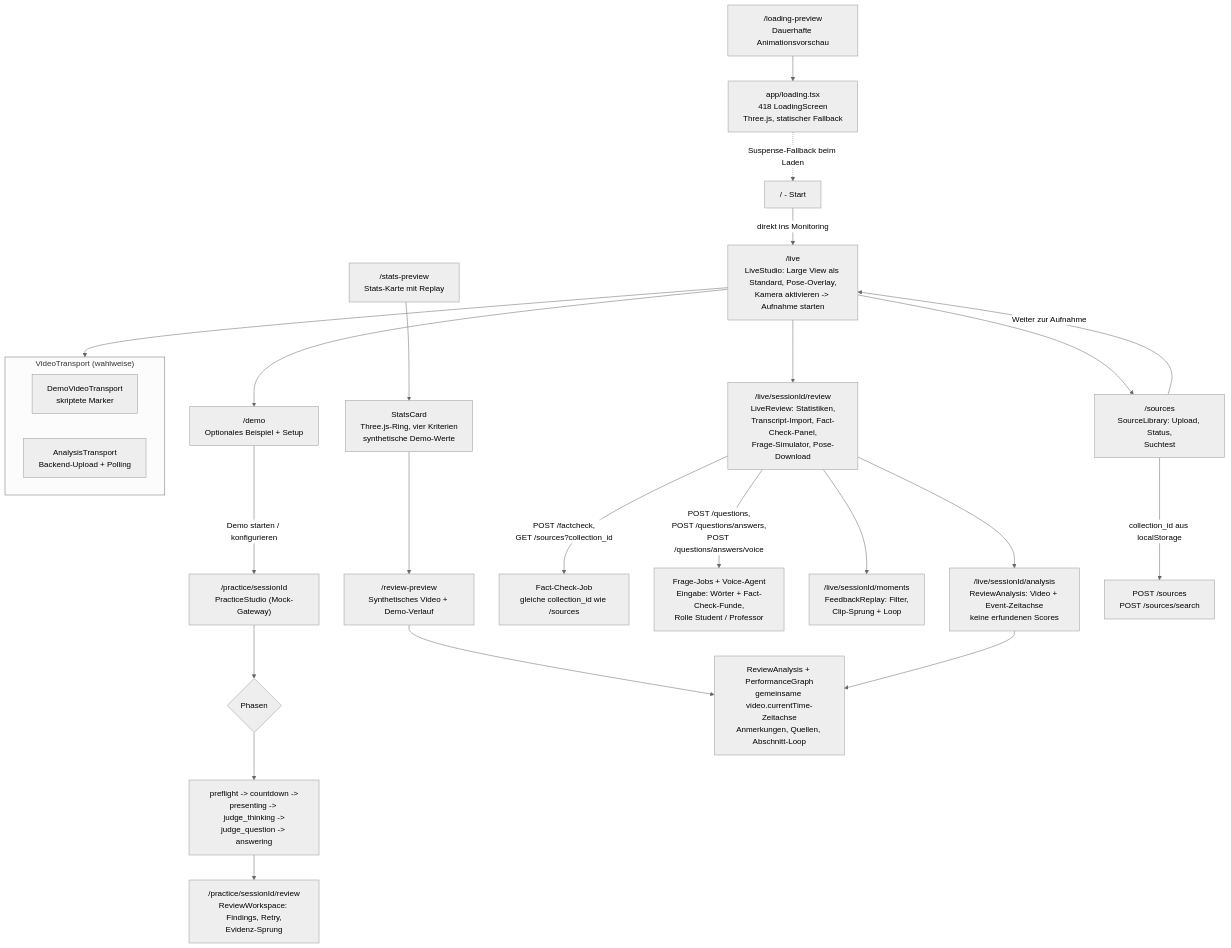
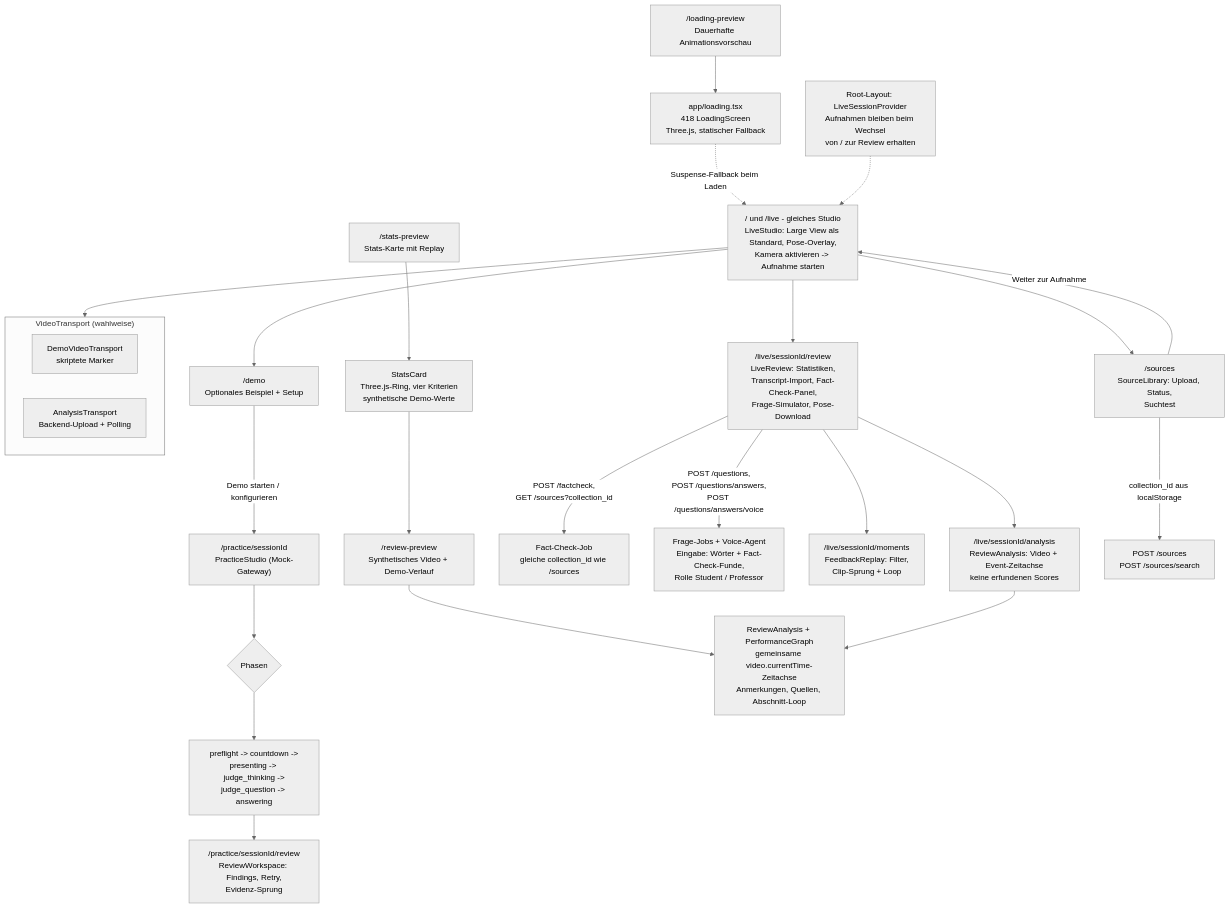
Before and after one commit to johannes3502/hackathon-fulda: the seventh of 11 diagrams in docs/03-architecture.md, drawn with Mermaid (neutral theme). The commit also changed 9 other files, not shown here.

Commit message:
Render the monitoring studio at home with clear first-use guidance

````diff
--- a/docs/03-architecture.md
+++ b/docs/03-architecture.md
@@ -286,33 +286,34 @@
 ```mermaid
 flowchart TD
     LOADING["app/loading.tsx<br/>418 LoadingScreen<br/>Three.js, statischer Fallback"]
     LP["/loading-preview<br/>Dauerhafte Animationsvorschau"] --> LOADING
     SP["/stats-preview<br/>Stats-Karte mit Replay"] --> SC["StatsCard<br/>Three.js-Ring, vier Kriterien<br/>synthetische Demo-Werte"]
     SC --> RP["/review-preview<br/>Synthetisches Video + Demo-Verlauf"]
-    LOADING -. "Suspense-Fallback beim Laden" .-> HOME
-    HOME["/ - Start"] -->|"direkt ins Monitoring"| LIVE["/live<br/>LiveStudio: Large View als Standard, Pose-Overlay,<br/>Kamera aktivieren -> Aufnahme starten"]
+    LOADING -. "Suspense-Fallback beim Laden" .-> LIVE
+    LIVE["/ und /live - gleiches Studio<br/>LiveStudio: Large View als Standard, Pose-Overlay,<br/>Kamera aktivieren -> Aufnahme starten"]
+    STORE["Root-Layout: LiveSessionProvider<br/>Aufnahmen bleiben beim Wechsel<br/>von / zur Review erhalten"] -.-> LIVE
     LIVE --> DEMOPAGE["/demo<br/>Optionales Beispiel + Setup"]
     DEMOPAGE -->|"Demo starten / konfigurieren"| PRAC["/practice/sessionId<br/>PracticeStudio (Mock-Gateway)"]
     LIVE --> SRC["/sources<br/>SourceLibrary: Upload, Status,<br/>Suchtest"]
     SRC -->|"Weiter zur Aufnahme"| LIVE
 
     PRAC --> STATE{"Phasen"}
     STATE --> P1["preflight -> countdown -><br/>presenting -> judge_thinking -><br/>judge_question -> answering"]
     P1 --> PREV["/practice/sessionId/review<br/>ReviewWorkspace: Findings, Retry,<br/>Evidenz-Sprung"]
 
     LIVE --> LREV["/live/sessionId/review<br/>LiveReview: Statistiken,<br/>Transcript-Import, Fact-Check-Panel,<br/>Frage-Simulator, Pose-Download"]
     LREV -->|"POST /factcheck,<br/>GET /sources?collection_id"| FCAPI["Fact-Check-Job<br/>gleiche collection_id wie /sources"]
     LREV -->|"POST /questions,<br/>POST /questions/answers,<br/>POST /questions/answers/voice"| QAPI["Frage-Jobs + Voice-Agent<br/>Eingabe: Wörter + Fact-Check-Funde,<br/>Rolle Student / Professor"]
     LREV --> MOM["/live/sessionId/moments<br/>FeedbackReplay: Filter,<br/>Clip-Sprung + Loop"]
     LREV --> LA["/live/sessionId/analysis<br/>ReviewAnalysis: Video + Event-Zeitachse<br/>keine erfundenen Scores"]
     RP --> RA["ReviewAnalysis + PerformanceGraph<br/>gemeinsame video.currentTime-Zeitachse<br/>Anmerkungen, Quellen, Abschnitt-Loop"]
     LA --> RA
 
     SRC -->|"collection_id aus localStorage"| UPLOAD["POST /sources<br/>POST /sources/search"]
 
     subgraph Transport["VideoTransport (wahlweise)"]
         DEMO["DemoVideoTransport<br/>skriptete Marker"]
         ANA["AnalysisTransport<br/>Backend-Upload + Polling"]
     end
     LIVE --> Transport
 ```
````
